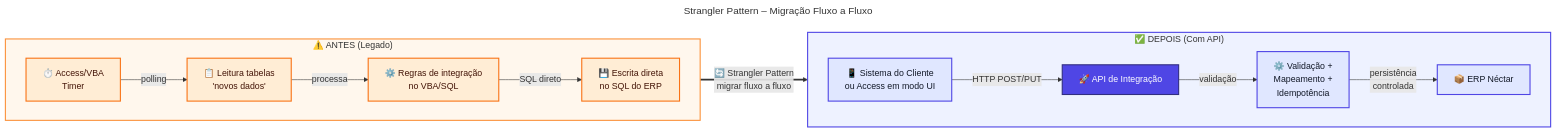
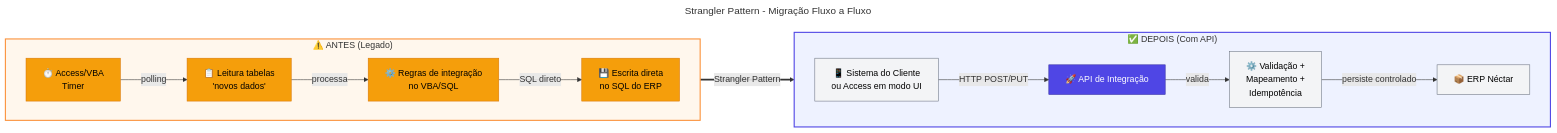
The fourth of 14 diagrams in docs/planoProjetoModernizacao.md (Evilazaro/Azure-LogicApps-Monitoring), drawn with Mermaid before and after one commit. The commit also changed other lines of this file, not shown here.

Commit message:
docs: Refine mermaid diagrams in project plan for improved clarity, consistency, and styling

````diff
--- a/docs/planoProjetoModernizacao.md
+++ b/docs/planoProjetoModernizacao.md
@@ -818,81 +765,51 @@
 ```mermaid
 ---
-title: "Strangler Pattern – Migração Fluxo a Fluxo"
+title: Strangler Pattern - Migração Fluxo a Fluxo
 ---
 flowchart LR
-    %% ═══════════════════════════════════════════════════════════════
-    %% DIAGRAMA: Strangler Pattern – Comparação Antes vs Depois
-    %% PROPÓSITO: Ilustrar a transformação da arquitetura de integração
-    %%            de um modelo baseado em polling/SQL direto para uma
-    %%            camada de serviços (API) com contratos explícitos
-    %% PADRÃO: Strangler Pattern (migração incremental por fluxo)
-    %% ═══════════════════════════════════════════════════════════════
+    %% ===== DEFINIÇÕES DE ESTILO =====
+    classDef primary fill:#4F46E5,stroke:#3730A3,color:#FFFFFF
+    classDef secondary fill:#10B981,stroke:#059669,color:#FFFFFF
+    classDef datastore fill:#F59E0B,stroke:#D97706,color:#000000
+    classDef external fill:#6B7280,stroke:#4B5563,color:#FFFFFF,stroke-dasharray: 5 5
+    classDef failed fill:#F44336,stroke:#C62828,color:#FFFFFF
+    classDef trigger fill:#818CF8,stroke:#4F46E5,color:#FFFFFF
+    classDef decision fill:#FFFBEB,stroke:#F59E0B,color:#000000
+    classDef input fill:#F3F4F6,stroke:#6B7280,color:#000000
 
-    %% ───────────────────────────────────────────────────────────────
-    %% ESTADO ATUAL: Integração via polling e acesso direto ao banco
-    %% - Timers disparam periodicamente
-    %% - Access/VBA varre tabelas buscando "novos" registros
-    %% - Regras de negócio embarcadas no código legado
-    %% - Escrita direta no SQL Server (acoplamento forte)
-    %% ───────────────────────────────────────────────────────────────
+    %% ===== SUBGRAPH: LEGADO =====
     subgraph legado ["⚠️ ANTES (Legado)"]
         direction LR
         A1["⏱️ Access/VBA<br>Timer"]
         A2["📋 Leitura tabelas<br>'novos dados'"]
         A3["⚙️ Regras de integração<br>no VBA/SQL"]
         A4["💾 Escrita direta<br>no SQL do ERP"]
 
         A1 -->|"polling"| A2
         A2 -->|"processa"| A3
         A3 -->|"SQL direto"| A4
     end
+    style legado fill:#FFF7ED,stroke:#FB923C,stroke-width:2px
 
-    %% ───────────────────────────────────────────────────────────────
-    %% ESTADO ALVO: Integração via API com contratos explícitos
-    %% - Cliente envia dados proativamente (push, não pull)
-    %% - API centraliza validação, mapeamento e idempotência
-    %% - Persistência controlada com auditoria
-    %% - Desacoplamento: cliente não conhece schema do ERP
-    %% ───────────────────────────────────────────────────────────────
+    %% ===== SUBGRAPH: MODERNO =====
     subgraph moderno ["✅ DEPOIS (Com API)"]
         direction LR
         B1["📱 Sistema do Cliente<br>ou Access em modo UI"]
         B2["🚀 API de Integração"]
         B3["⚙️ Validação +<br>Mapeamento +<br>Idempotência"]
         B4["📦 ERP Néctar"]
 
         B1 -->|"HTTP POST/PUT"| B2
-        B2 -->|"validação"| B3
-        B3 -->|"persistência<br>controlada"| B4
+        B2 -->|"valida"| B3
+        B3 -->|"persiste controlado"| B4
     end
+    style moderno fill:#EEF2FF,stroke:#4F46E5,stroke-width:2px
 
-    %% ───────────────────────────────────────────────────────────────
-    %% TRANSIÇÃO: Strangler Pattern (migração incremental)
-    %% - Cada fluxo é migrado independentemente
-    %% - Feature flags permitem rollback a qualquer momento
-    %% - Legado e API coexistem durante a transição
-    %% ───────────────────────────────────────────────────────────────
-    legado ==>|"🔄 Strangler Pattern<br>migrar fluxo a fluxo"| moderno
+    %% ===== TRANSIÇÃO =====
+    legado ==>|"Strangler Pattern"| moderno
 
-    %% ═══════════════════════════════════════════════════════════════
-    %% DEFINIÇÃO DE ESTILOS
-    %% ═══════════════════════════════════════════════════════════════
-
-    %% Paleta de cores: Legado (laranja/warning)
-    classDef legacy fill:#FFEDD5,stroke:#F97316,color:#431407,stroke-width:2px
-
-    %% Paleta de cores: Moderno (indigo/success)
-    classDef modern fill:#E0E7FF,stroke:#4F46E5,color:#111827,stroke-width:2px
-
-    %% Paleta de cores: API (destaque principal)
-    classDef api fill:#4F46E5,stroke:#312E81,color:#FFFFFF,stroke-width:2px
-
-    %% Aplicação de classes aos nós
-    class A1,A2,A3,A4 legacy
-    class B1,B3,B4 modern
-    class B2 api
-
-    %% Estilização dos subgraphs
-    style legado fill:#FFF7ED,stroke:#FB923C,stroke-width:2px
-    style moderno fill:#EEF2FF,stroke:#4F46E5,stroke-width:2px
+    %% ===== APLICAÇÃO DE ESTILOS =====
+    class A1,A2,A3,A4 datastore
+    class B1,B3,B4 input
+    class B2 primary
 ```
````
